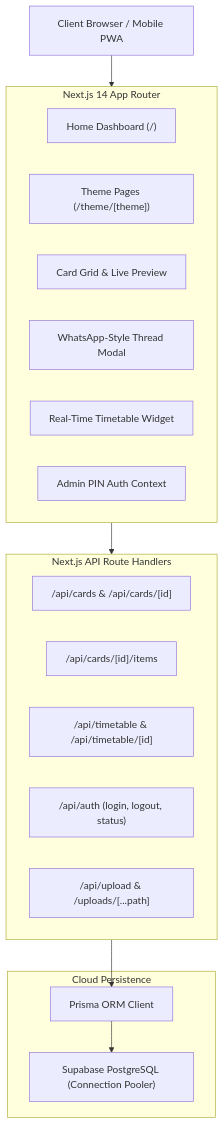
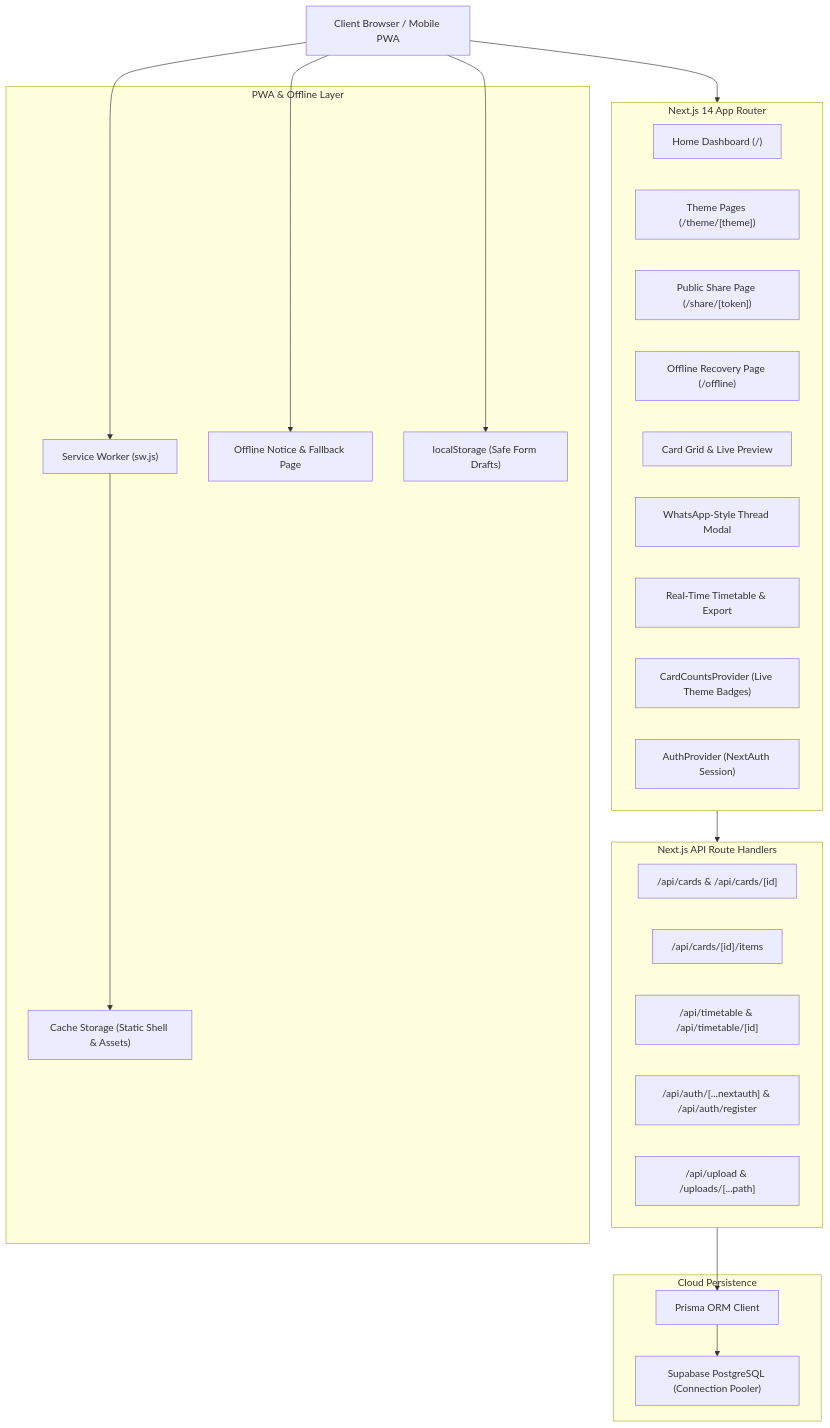
The diagram in README.md (KanavGarg11/resource-vault), drawn with Mermaid before and after one commit. The commit also changed other lines of this file, not shown here.

Commit message:
docs: update README with PWA, offline resilience, timetable export, and theme count badges

````diff
--- a/README.md
+++ b/README.md
@@ -75,31 +98,45 @@
 ```mermaid
 flowchart TD
     Client["Client Browser / Mobile PWA"]
     
+    subgraph PWA["PWA & Offline Layer"]
+        SW["Service Worker (sw.js)"]
+        Cache["Cache Storage (Static Shell & Assets)"]
+        OfflineUI["Offline Notice & Fallback Page"]
+        Drafts["localStorage (Safe Form Drafts)"]
+    end
+
     subgraph Frontend["Next.js 14 App Router"]
         PageHome["Home Dashboard (/)"]
         PageTheme["Theme Pages (/theme/[theme])"]
+        PageShare["Public Share Page (/share/[token])"]
+        PageOffline["Offline Recovery Page (/offline)"]
         CardGrid["Card Grid & Live Preview"]
         ThreadModal["WhatsApp-Style Thread Modal"]
-        ScheduleWidget["Real-Time Timetable Widget"]
-        AdminAuth["Admin PIN Auth Context"]
+        ScheduleWidget["Real-Time Timetable & Export"]
+        CardCounts["CardCountsProvider (Live Theme Badges)"]
+        AuthContext["AuthProvider (NextAuth Session)"]
     end
     
     subgraph BackendAPI["Next.js API Route Handlers"]
         ApiCards["/api/cards & /api/cards/[id]"]
         ApiItems["/api/cards/[id]/items"]
         ApiTimetable["/api/timetable & /api/timetable/[id]"]
-        ApiAuth["/api/auth (login, logout, status)"]
+        ApiAuth["/api/auth/[...nextauth] & /api/auth/register"]
         ApiUpload["/api/upload & /uploads/[...path]"]
     end
     
     subgraph DatabaseLayer["Cloud Persistence"]
         Prisma["Prisma ORM Client"]
         Supabase["Supabase PostgreSQL (Connection Pooler)"]
     end
 
+    Client --> SW
+    SW --> Cache
+    Client --> OfflineUI
+    Client --> Drafts
     Client --> Frontend
     Frontend --> BackendAPI
     BackendAPI --> Prisma
     Prisma --> Supabase
 ```
````
